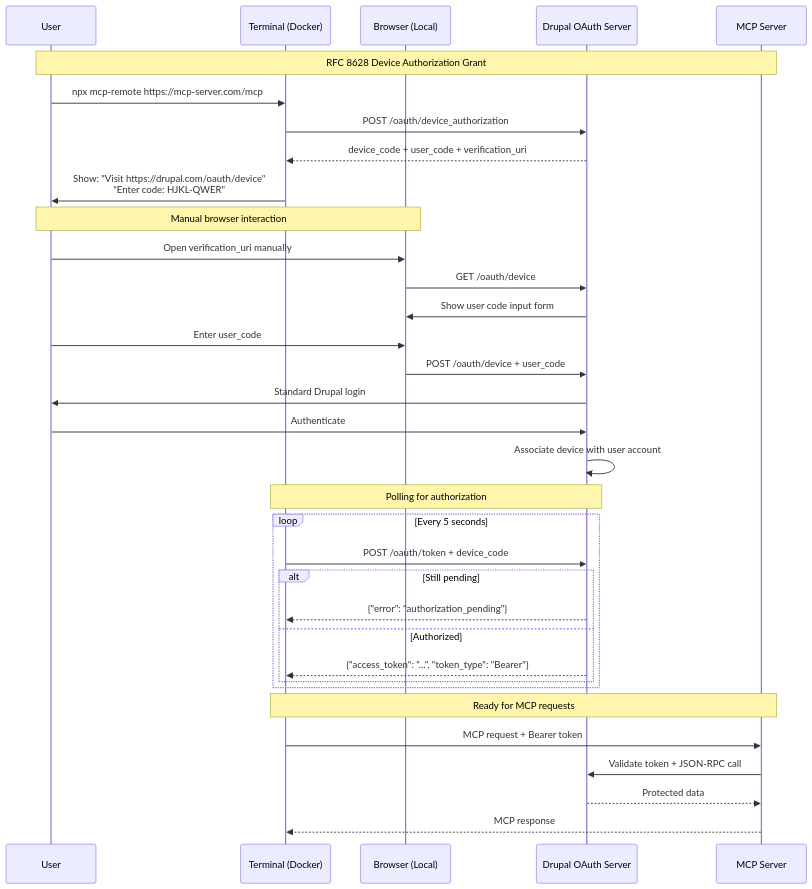
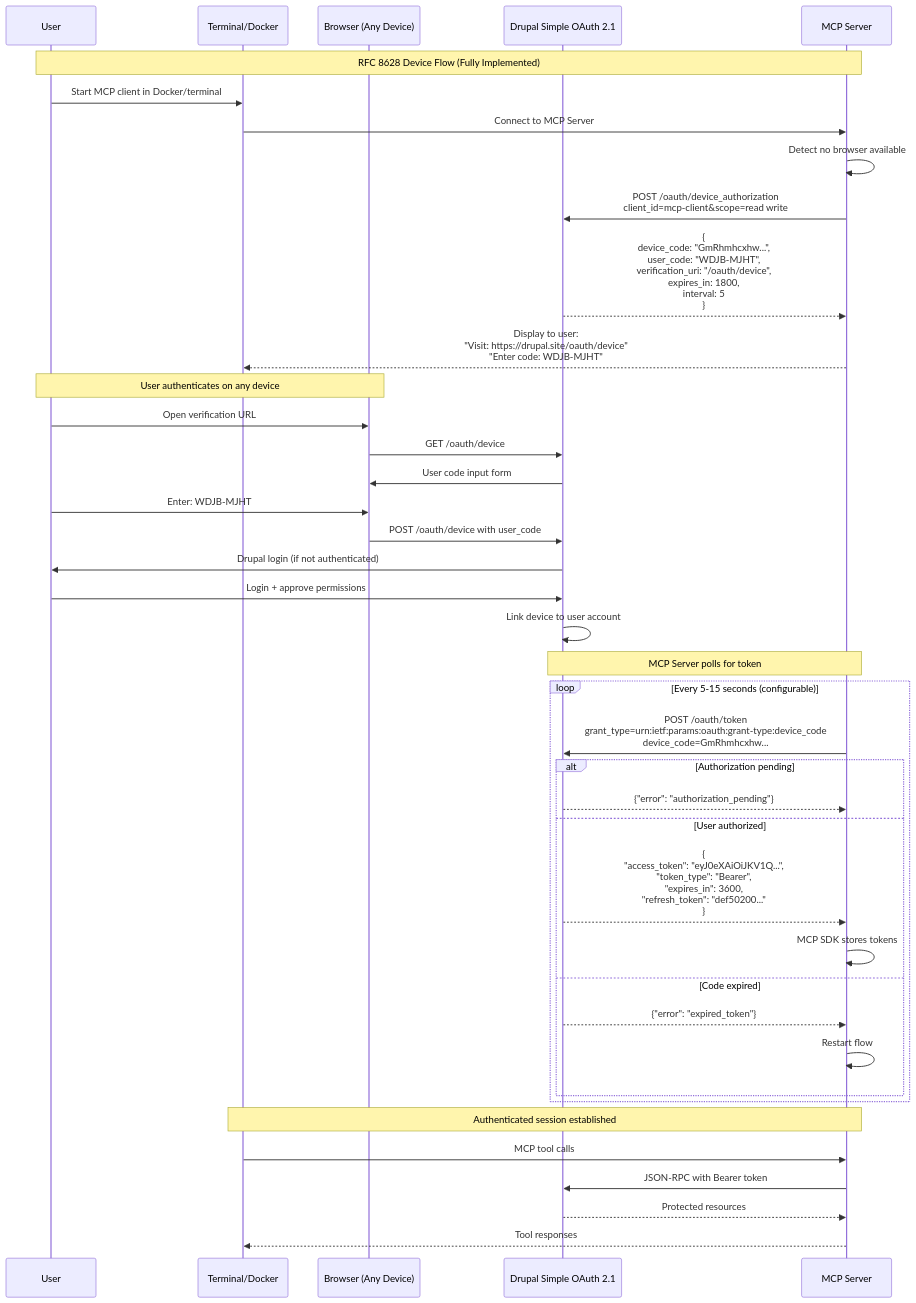
Before and after one commit to e0ipso/drupal-bridge-mcp: the second of 2 diagrams in .ai/task-manager/docs/specs/02--oauth-authentication.md, drawn with Mermaid. The commit also changed other lines of this file and 12 other files, not shown here.

````diff
--- a/.ai/task-manager/docs/specs/02--oauth-authentication.md
+++ b/.ai/task-manager/docs/specs/02--oauth-authentication.md
@@ -147,43 +184,49 @@
 ```mermaid
 sequenceDiagram
     participant U as User
-    participant T as Terminal (Docker)
-    participant B as Browser (Local)
-    participant DR as Drupal OAuth Server
+    participant T as Terminal/Docker
+    participant B as Browser (Any Device)
+    participant DR as Drupal Simple OAuth 2.1
     participant MS as MCP Server
 
-    Note over U,MS: RFC 8628 Device Authorization Grant
+    Note over U,MS: RFC 8628 Device Flow (Fully Implemented)
 
-    U->>T: npx mcp-remote https://mcp-server.com/mcp
-    T->>DR: POST /oauth/device_authorization
-    DR-->>T: device_code + user_code + verification_uri
+    U->>T: Start MCP client in Docker/terminal
+    T->>MS: Connect to MCP Server
+    MS->>MS: Detect no browser available
+    MS->>DR: POST /oauth/device_authorization<br/>client_id=mcp-client&scope=read write
+    DR-->>MS: {<br/>  device_code: "GmRhmhcxhw...",<br/>  user_code: "WDJB-MJHT",<br/>  verification_uri: "/oauth/device",<br/>  expires_in: 1800,<br/>  interval: 5<br/>}
 
-    T->>U: Show: "Visit https://drupal.com/oauth/device"<br/>"Enter code: HJKL-QWER"
+    MS-->>T: Display to user:<br/>"Visit: https://drupal.site/oauth/device"<br/>"Enter code: WDJB-MJHT"
 
-    Note over U,B: Manual browser interaction
-    U->>B: Open verification_uri manually
+    Note over U,B: User authenticates on any device
+    U->>B: Open verification URL
     B->>DR: GET /oauth/device
-    DR->>B: Show user code input form
-    U->>B: Enter user_code
-    B->>DR: POST /oauth/device + user_code
-    DR->>U: Standard Drupal login
-    U->>DR: Authenticate
-    DR->>DR: Associate device with user account
+    DR->>B: User code input form
+    U->>B: Enter: WDJB-MJHT
+    B->>DR: POST /oauth/device with user_code
+    DR->>U: Drupal login (if not authenticated)
+    U->>DR: Login + approve permissions
+    DR->>DR: Link device to user account
 
-    Note over T,DR: Polling for authorization
-    loop Every 5 seconds
-        T->>DR: POST /oauth/token + device_code
-        alt Still pending
-            DR-->>T: {"error": "authorization_pending"}
-        else Authorized
-            DR-->>T: {"access_token": "...", "token_type": "Bearer"}
+    Note over MS,DR: MCP Server polls for token
+    loop Every 5-15 seconds (configurable)
+        MS->>DR: POST /oauth/token<br/>grant_type=urn:ietf:params:oauth:grant-type:device_code<br/>device_code=GmRhmhcxhw...
+        alt Authorization pending
+            DR-->>MS: {"error": "authorization_pending"}
+        else User authorized
+            DR-->>MS: {<br/>  "access_token": "eyJ0eXAiOiJKV1Q...",<br/>  "token_type": "Bearer",<br/>  "expires_in": 3600,<br/>  "refresh_token": "def50200..."<br/>}
+            MS->>MS: MCP SDK stores tokens
+        else Code expired
+            DR-->>MS: {"error": "expired_token"}
+            MS->>MS: Restart flow
         end
     end
 
-    Note over T,MS: Ready for MCP requests
+    Note over T,MS: Authenticated session established
 
-    T->>MS: MCP request + Bearer token
-    MS->>DR: Validate token + JSON-RPC call
-    DR-->>MS: Protected data
-    MS-->>T: MCP response
+    T->>MS: MCP tool calls
+    MS->>DR: JSON-RPC with Bearer token
+    DR-->>MS: Protected resources
+    MS-->>T: Tool responses
 ```
````
